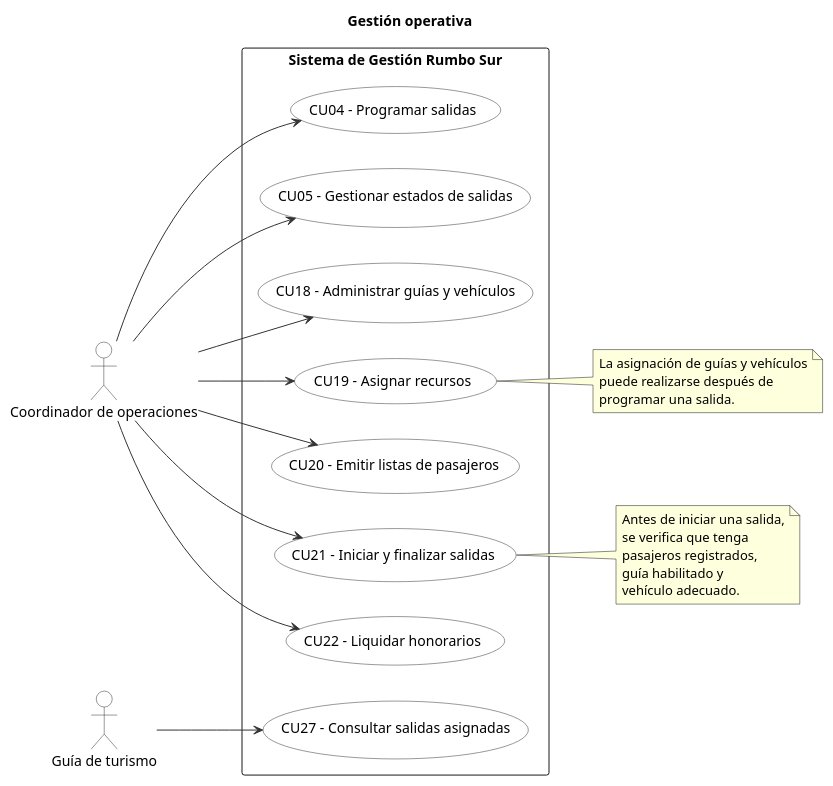
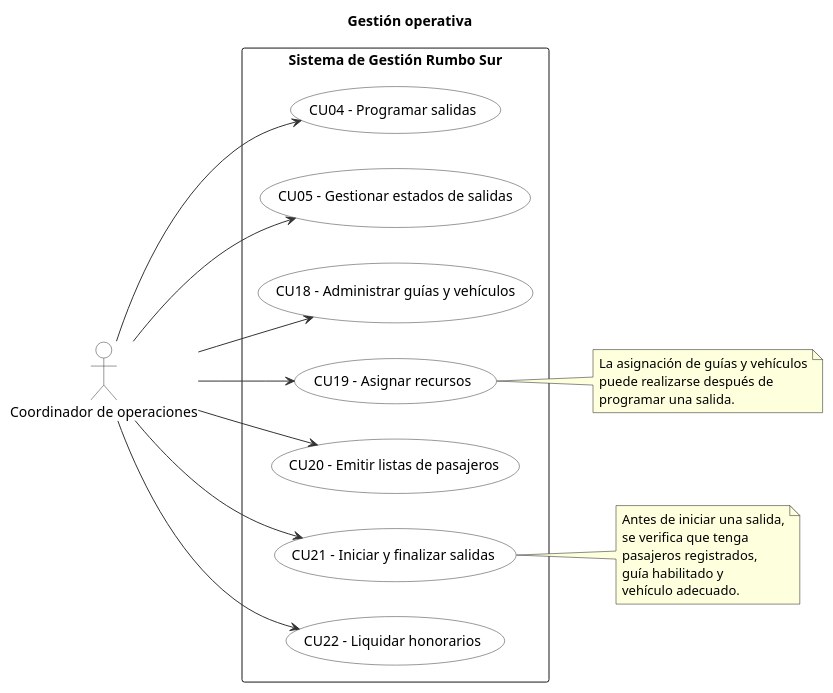
Before and after one commit to CarlosDanielOK/Avion: the diagram in docs/uml/casos-uso-operaciones.puml, drawn with PlantUML. The commit also changed 19 other files, not shown here.

First line of the commit message:
Refactorización de diagramas UML y actualización de la documentación

```diff
--- a/docs/uml/casos-uso-operaciones.puml
+++ b/docs/uml/casos-uso-operaciones.puml
@@ -2,58 +2,55 @@
 @startuml casos-uso-operaciones
 title Gestión operativa
 
 skinparam shadowing false
 skinparam backgroundColor White
 
 skinparam usecase {
   BackgroundColor White
   BorderColor #333333
   ArrowColor #333333
 }
 
 skinparam actor {
   BackgroundColor White
   BorderColor #333333
 }
 
 left to right direction
 
 actor "Coordinador de operaciones" as COO
-actor "Guía de turismo" as GUI
 
 rectangle "Sistema de Gestión Rumbo Sur" {
   usecase "CU04 - Programar salidas" as CU04
   usecase "CU05 - Gestionar estados de salidas" as CU05
   usecase "CU18 - Administrar guías y vehículos" as CU18
   usecase "CU19 - Asignar recursos" as CU19
   usecase "CU20 - Emitir listas de pasajeros" as CU20
   usecase "CU21 - Iniciar y finalizar salidas" as CU21
   usecase "CU22 - Liquidar honorarios" as CU22
-  usecase "CU27 - Consultar salidas asignadas" as CU27
 }
 
 COO --> CU04
 COO --> CU05
 COO --> CU18
 COO --> CU19
 COO --> CU20
 COO --> CU21
 COO --> CU22
 
-GUI --> CU27
 
 note right of CU19
   La asignación de guías y vehículos
   puede realizarse después de
   programar una salida.
 end note
 
 note right of CU21
   Antes de iniciar una salida,
   se verifica que tenga
   pasajeros registrados,
   guía habilitado y
   vehículo adecuado.
 end note
 
 @enduml
```
